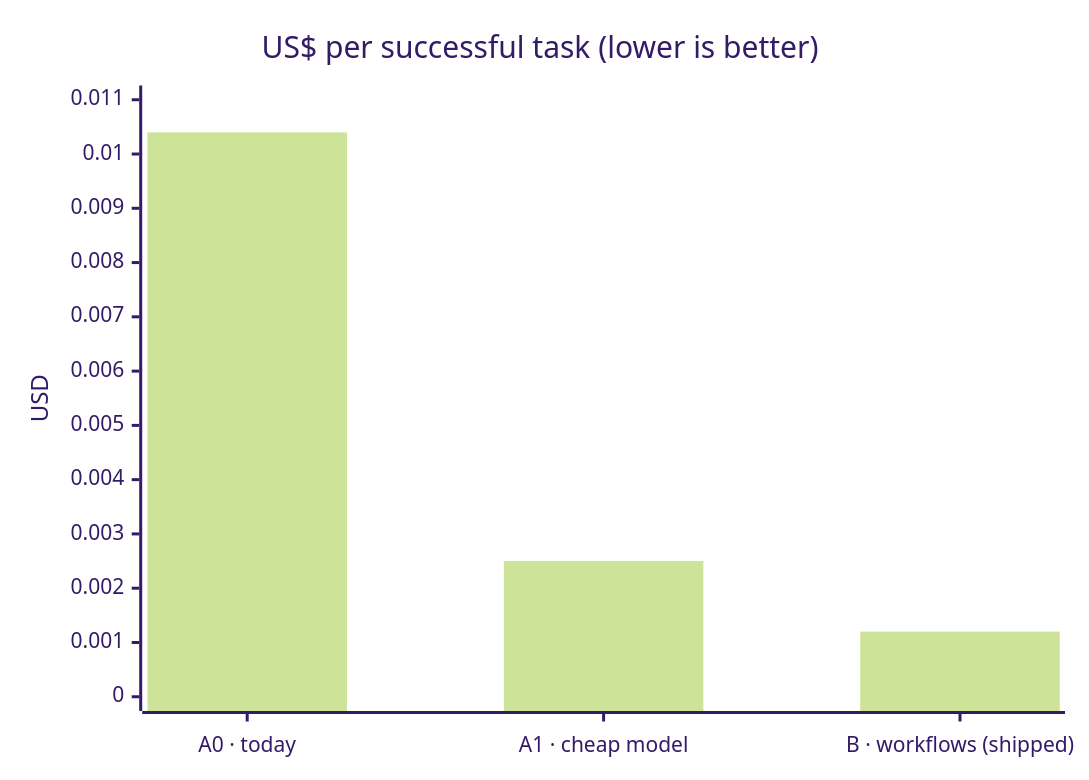
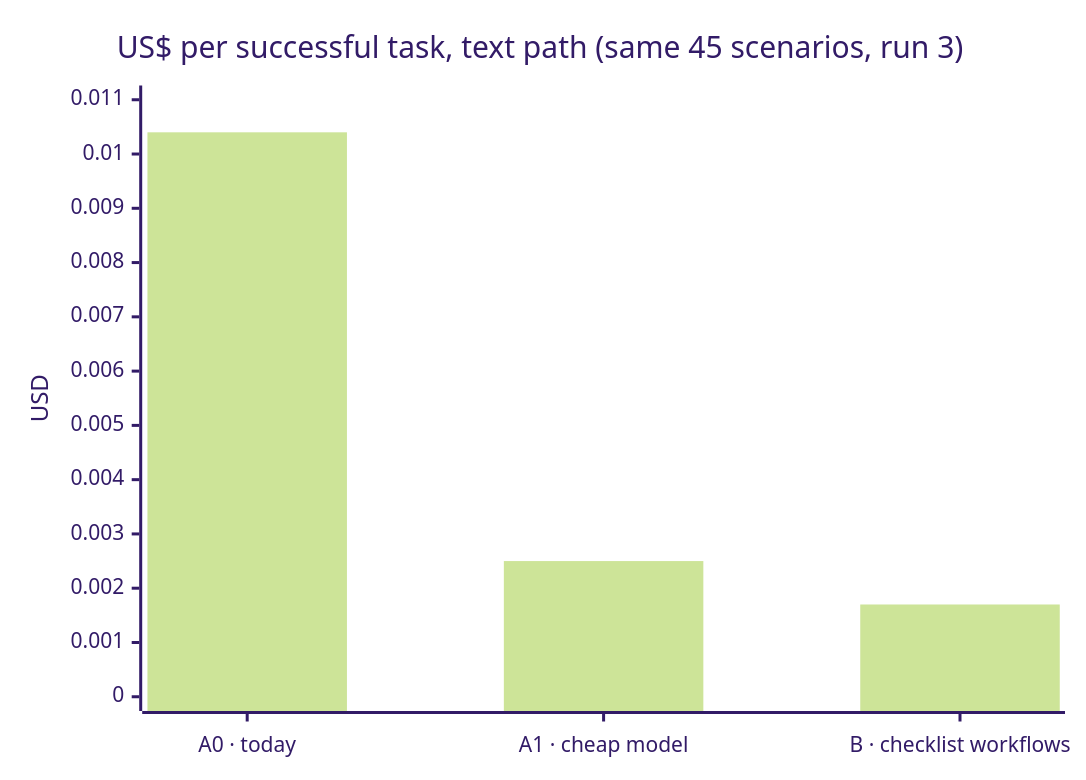
Diagram 15 of 22 in submission/PRESENTATION.md (irfan3838/Builders), drawn with Mermaid (forest theme) before and after one commit. The commit also changed other lines of this file and 4 other files, not shown here.

First line of the commit message:
docs(submission): fix mixed-run eval numbers, honest cost claims, Tally/Zoho roadmap

````diff
--- a/submission/PRESENTATION.md
+++ b/submission/PRESENTATION.md
@@ -412,7 +413,7 @@
 ```mermaid
 xychart-beta
-    title "US$ per successful task (lower is better)"
-    x-axis ["A0 · today", "A1 · cheap model", "B · workflows (shipped)"]
+    title "US$ per successful task, text path (same 45 scenarios, run 3)"
+    x-axis ["A0 · today", "A1 · cheap model", "B · checklist workflows"]
     y-axis "USD" 0 --> 0.011
-    bar [0.0104, 0.0025, 0.0012]
+    bar [0.0104, 0.0025, 0.0017]
 ```
````
